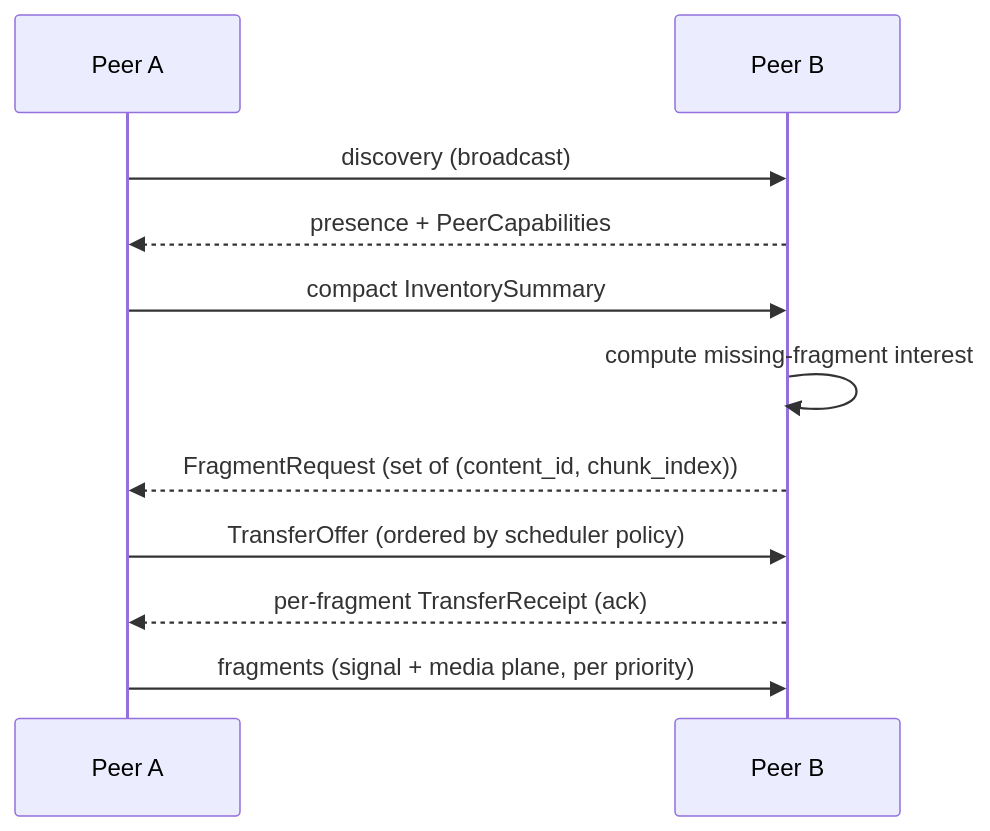
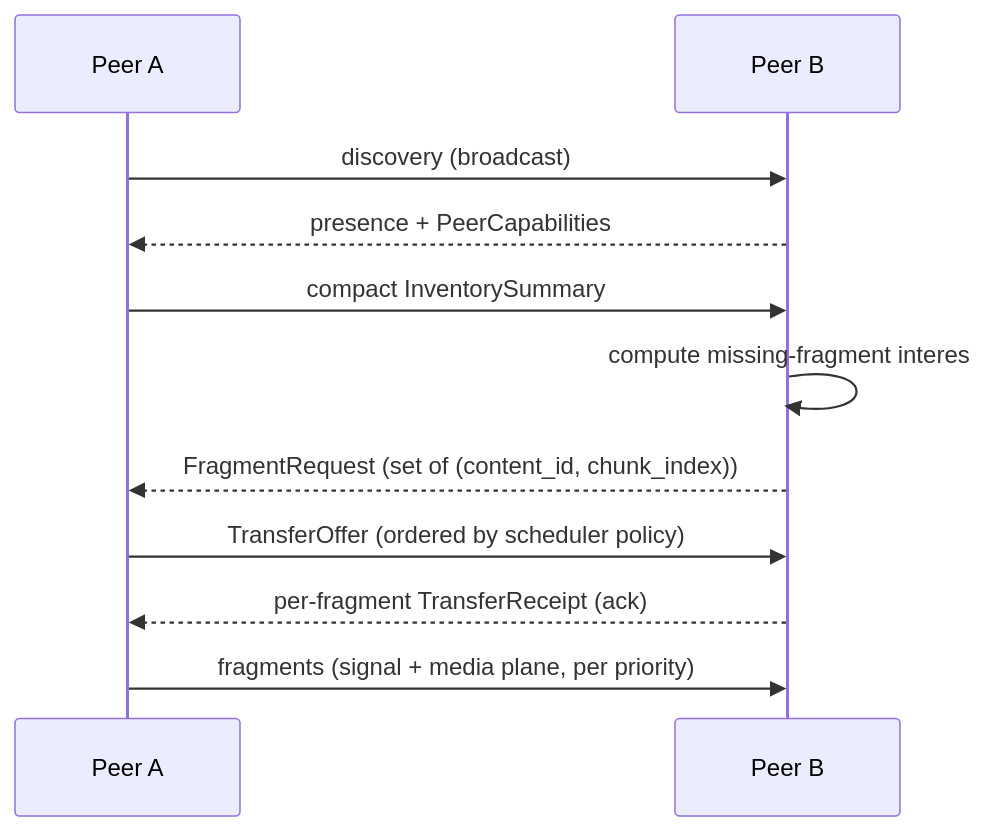
Before and after one commit to Rifat-Hossain49/July_hackathon: the fourth of 6 diagrams in SYSTEM_ARCHITECTURE.md, drawn with Mermaid. The commit also changed other lines of this file and 13 other files, not shown here.

````diff
--- a/SYSTEM_ARCHITECTURE.md
+++ b/SYSTEM_ARCHITECTURE.md
@@ -326,13 +336,13 @@
 ```mermaid
 sequenceDiagram
   participant A as Peer A
   participant B as Peer B
   A->>B: discovery (broadcast)
   B-->>A: presence + PeerCapabilities
   A->>B: compact InventorySummary
-  B->>B: compute missing-fragment interest
+  B->>B: compute missing-fragment interes
   B-->>A: FragmentRequest (set of (content_id, chunk_index))
   A->>B: TransferOffer (ordered by scheduler policy)
   B-->>A: per-fragment TransferReceipt (ack)
   A->>B: fragments (signal + media plane, per priority)
 ```
````
